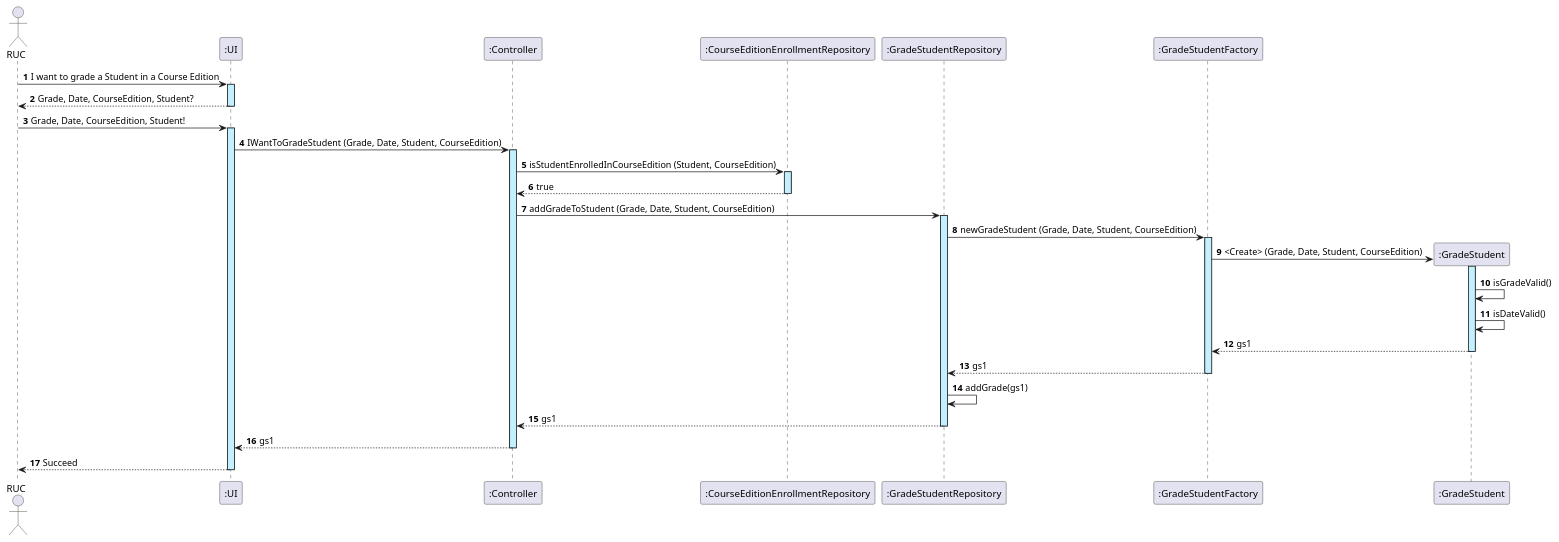
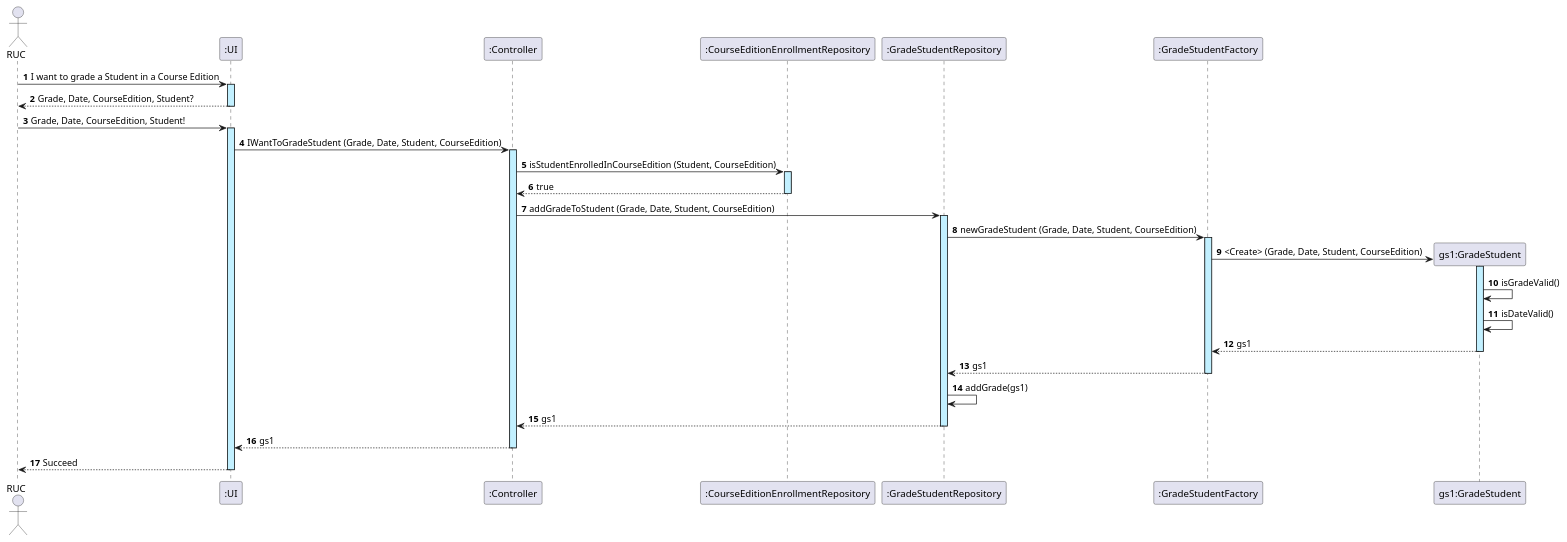
The diagram in docs/US22/US22_GradeAStudentInACourseEdition_SequenceDiagram.puml (GasparISEP/DevOps-PAI), drawn with PlantUML before and after one commit.

Commit message:
Updated SequenceDiagram after Teacher's review

```diff
--- a/docs/US22/US22_GradeAStudentInACourseEdition_SequenceDiagram.puml
+++ b/docs/US22/US22_GradeAStudentInACourseEdition_SequenceDiagram.puml
@@ -1,37 +1,37 @@
 @startuml
 actor RUC
 participant ":UI" as UI
 participant ":Controller" as ctr
 participant ":CourseEditionEnrollmentRepository" as CEER
 participant ":GradeStudentRepository" as GR
 participant ":GradeStudentFactory" as GSF
 
 autonumber
 
 RUC -> UI ++ #application: I want to grade a Student in a Course Edition
 UI --> RUC --: Grade, Date, CourseEdition, Student?
 RUC -> UI ++ #application: Grade, Date, CourseEdition, Student!
 UI -> ctr ++ #application : IWantToGradeStudent (Grade, Date, Student, CourseEdition)
 ctr -> CEER ++ #application : isStudentEnrolledInCourseEdition (Student, CourseEdition)
 CEER --> ctr -- : true
 
 
 ctr -> GR ++ #application : addGradeToStudent (Grade, Date, Student, CourseEdition)
 GR -> GSF ++ #application : newGradeStudent (Grade, Date, Student, CourseEdition)
 
 
 
-create ":GradeStudent" as GS
+create "gs1:GradeStudent" as GS
 GSF -> GS ++ #application : <Create> (Grade, Date, Student, CourseEdition)
 GS -> GS : isGradeValid()
 GS -> GS : isDateValid()
 GS --> GSF -- : gs1
 GSF --> GR -- : gs1
 
 
 GR -> GR : addGrade(gs1)
 GR --> ctr --: gs1
 ctr --> UI --: gs1
 UI --> RUC --: Succeed
 
 @endumll
```
